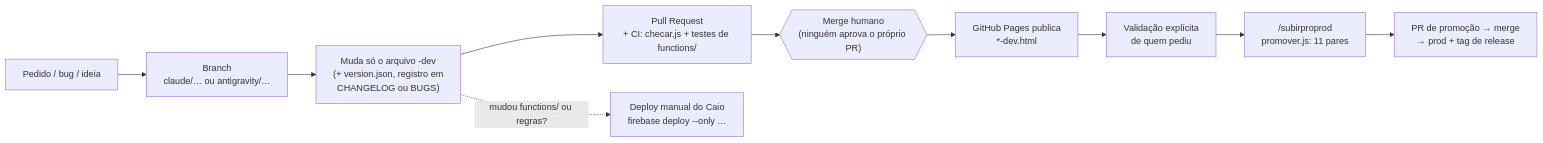
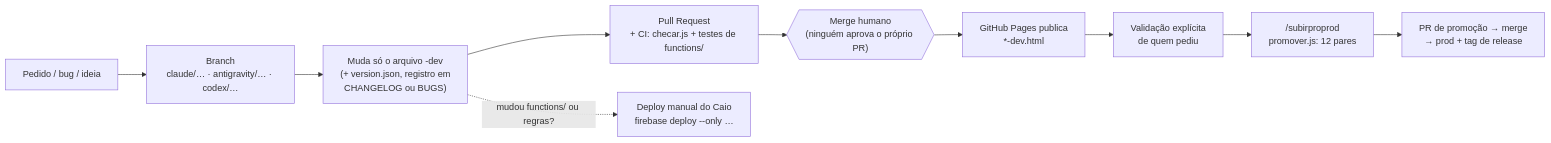
Before and after one commit to caiosoares1899/hering: the second of 2 diagrams in docs/MAPA_DO_REPOSITORIO.md, drawn with Mermaid. The commit also changed other lines of this file and 1 other file, not shown here.

First line of the commit message:
Mapa do repositório: Travessia e Mini painel, três agentes, 12 pares, pastas novas (painel, cards, oceano), plantão desligado, fluxos do Guardião e do agente no Painel; mapa.js entende export por apelido e lista a Travessia

````diff
--- a/docs/MAPA_DO_REPOSITORIO.md
+++ b/docs/MAPA_DO_REPOSITORIO.md
@@ -50,12 +52,12 @@
 ```mermaid
 flowchart LR
-  A["Pedido / bug / ideia"] --> B["Branch\nclaude/… ou antigravity/…"]
+  A["Pedido / bug / ideia"] --> B["Branch\nclaude/… · antigravity/… · codex/…"]
   B --> C["Muda só o arquivo -dev\n(+ version.json, registro em\nCHANGELOG ou BUGS)"]
   C --> D["Pull Request\n+ CI: checar.js + testes de functions/"]
   D --> E{{"Merge humano\n(ninguém aprova o próprio PR)"}}
   E --> F["GitHub Pages publica\n*-dev.html"]
   F --> G["Validação explícita\nde quem pediu"]
-  G --> H["/subirproprod\npromover.js: 11 pares"]
+  G --> H["/subirproprod\npromover.js: 12 pares"]
   H --> I["PR de promoção → merge\n→ prod + tag de release"]
   C -. "mudou functions/ ou regras?" .-> J["Deploy manual do Caio\nfirebase deploy --only …"]
 ```
````
